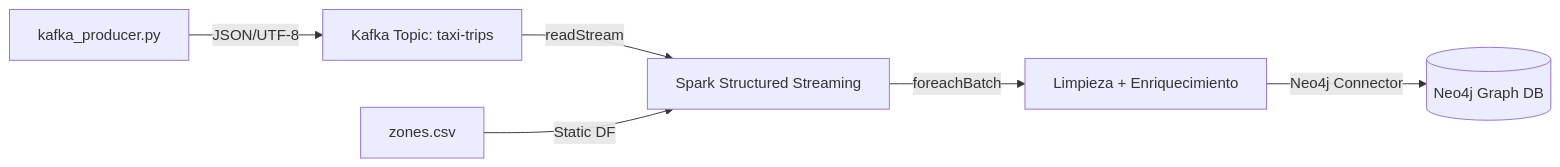
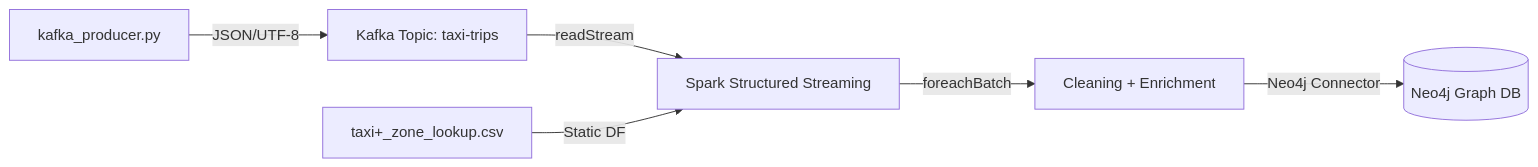
Before and after one commit to Danieltlacuache/Big_Data_Project_Part_Two: the diagram in design.md, drawn with Mermaid. The commit also changed other lines of this file and 3 other files, not shown here.

````diff
--- a/design.md
+++ b/design.md
@@ -61,8 +61,8 @@
 ```mermaid
 flowchart LR
     A[kafka_producer.py] -->|JSON/UTF-8| B[Kafka Topic: taxi-trips]
     B -->|readStream| C[Spark Structured Streaming]
-    D[zones.csv] -->|Static DF| C
-    C -->|foreachBatch| E[Limpieza + Enriquecimiento]
+    D[taxi+_zone_lookup.csv] -->|Static DF| C
+    C -->|foreachBatch| E[Cleaning + Enrichment]
     E -->|Neo4j Connector| F[(Neo4j Graph DB)]
 ```
````
